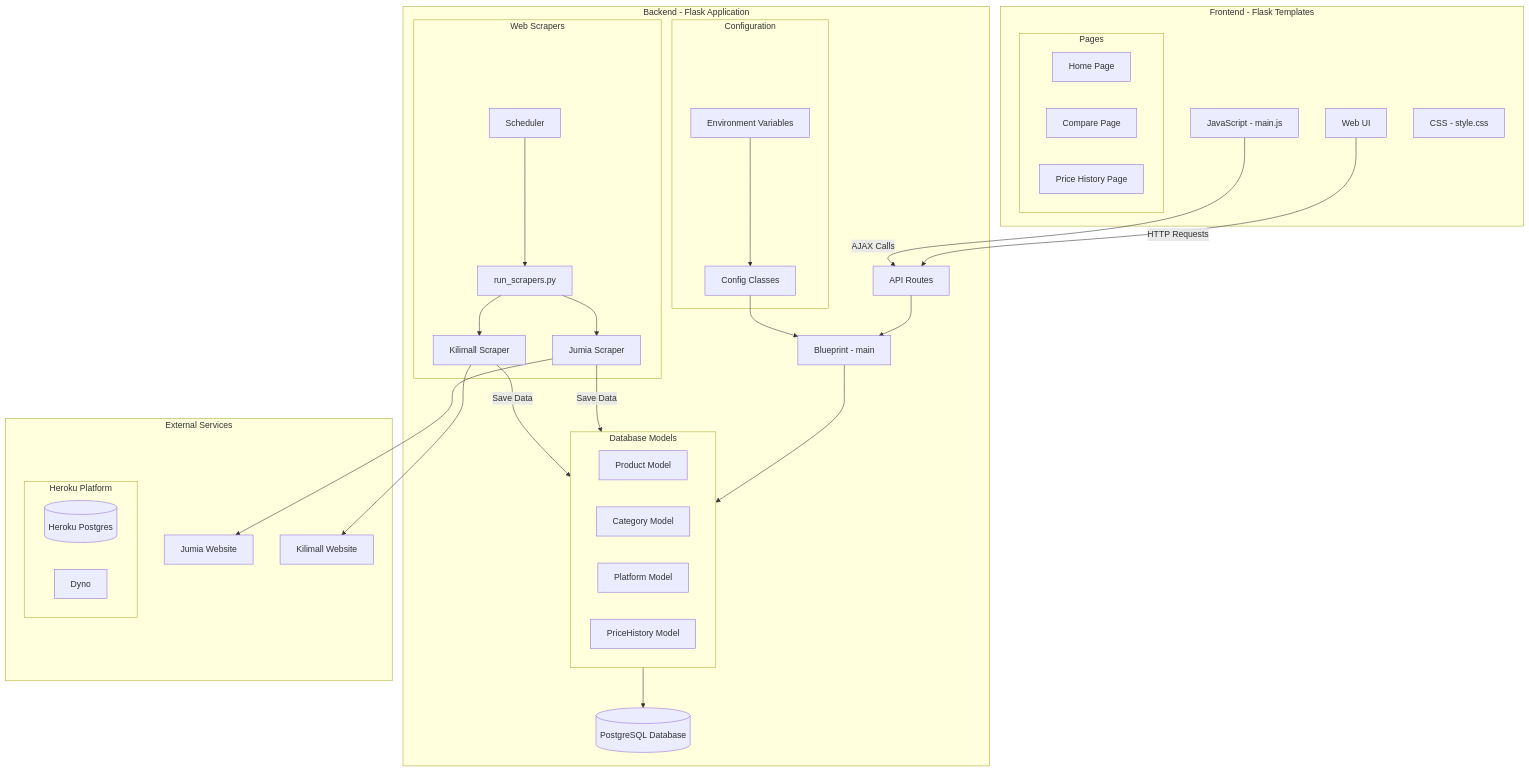
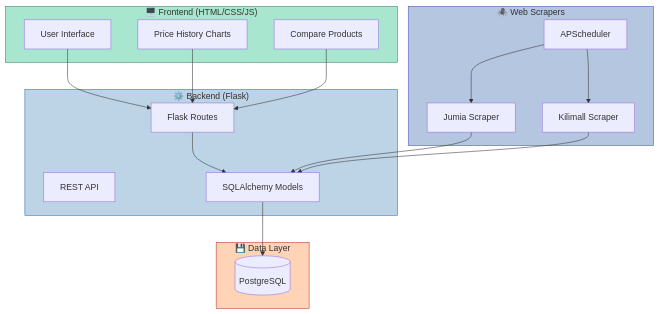
One commit to wawi-m/wpp-price_tracker changed the first of 2 diagrams in doc/architecture.md. Above: the diagram before and after it, drawn with Mermaid. The commit also changed other lines of this file, not shown here.

Commit message:
update architecture diagram design

````diff
--- a/doc/architecture.md
+++ b/doc/architecture.md
@@ -7,69 +7,38 @@
 ```mermaid
 graph TB
-    %% Frontend Components
-    subgraph Frontend[Frontend - Flask Templates]
-        UI[Web UI]
-        subgraph Pages[Pages]
-            HP[Home Page]
-            CP[Compare Page]
-            PH[Price History Page]
-        end
-        JS[JavaScript - main.js]
-        CSS[CSS - style.css]
+    subgraph Frontend ["🖥️ Frontend (HTML/CSS/JS)"]
+        style Frontend fill:#a8e6cf,stroke:#3d8168
+        UI[User Interface]
+        Charts[Price History Charts]
+        Compare[Compare Products]
     end
 
-    %% Backend Components
-    subgraph Backend[Backend - Flask Application]
-        API[API Routes]
-        BP[Blueprint - main]
-        DB[(PostgreSQL Database)]
-        
-        subgraph Models[Database Models]
-            PM[Product Model]
-            CM[Category Model]
-            PLM[Platform Model]
-            PH_M[PriceHistory Model]
-        end
-        
-        subgraph Scrapers[Web Scrapers]
-            JS_S[Jumia Scraper]
-            KM_S[Kilimall Scraper]
-            RS[run_scrapers.py]
-            SC[Scheduler]
-        end
-
-        subgraph Config[Configuration]
-            ENV[Environment Variables]
-            CFG[Config Classes]
-        end
+    subgraph Backend ["⚙️ Backend (Flask)"]
+        style Backend fill:#bcd4e6,stroke:#2b6cb0
+        API[REST API]
+        Routes[Flask Routes]
+        Models[SQLAlchemy Models]
     end
 
-    %% External Services
-    subgraph External[External Services]
-        JUM[Jumia Website]
-        KIL[Kilimall Website]
-        subgraph Heroku[Heroku Platform]
-            HD[(Heroku Postgres)]
-            DY[Dyno]
-        end
+    subgraph Data ["💾 Data Layer"]
+        style Data fill:#ffd3b6,stroke:#c53030
+        PostgreSQL[(PostgreSQL)]
     end
 
-    %% Connections
-    UI --> |HTTP Requests| API
-    JS --> |AJAX Calls| API
-    API --> BP
-    BP --> Models
-    Models --> DB
-    
-    RS --> JS_S
-    RS --> KM_S
-    JS_S --> JUM
-    KM_S --> KIL
-    
-    JS_S --> |Save Data| Models
-    KM_S --> |Save Data| Models
-    
-    SC --> RS
-    ENV --> CFG
-    CFG --> BP
+    subgraph Scrapers ["🕷️ Web Scrapers"]
+        style Scrapers fill:#b5c6e0,stroke:#4c51bf
+        Jumia[Jumia Scraper]
+        Kilimall[Kilimall Scraper]
+        Scheduler[APScheduler]
+    end
+
+    UI --> Routes
+    Charts --> Routes
+    Compare --> Routes
+    Routes --> Models
+    Models --> PostgreSQL
+    Scheduler --> Jumia
+    Scheduler --> Kilimall
+    Jumia --> Models
+    Kilimall --> Models
 ```
````
